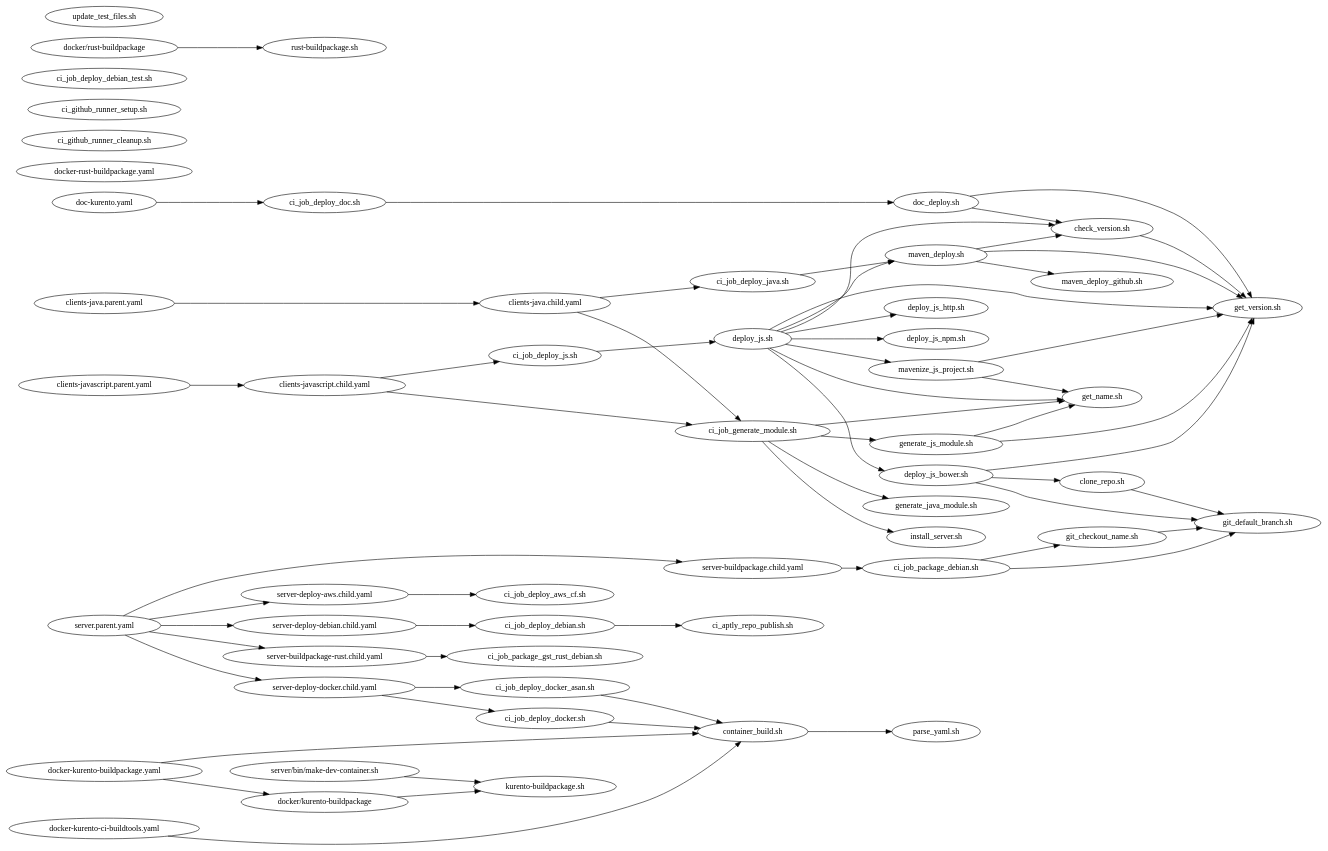
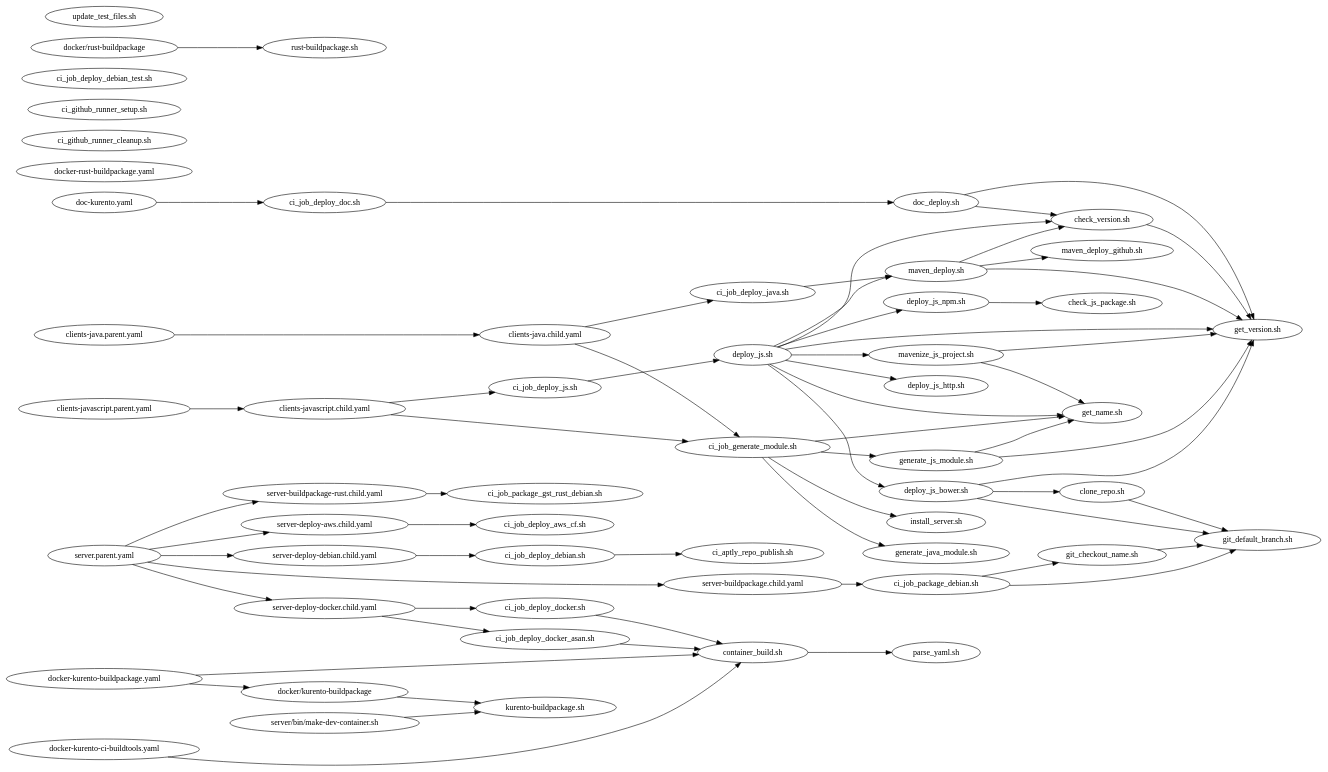
One commit to Kurento/kurento changed the diagram in ci-scripts/README.d/scripts-dependencies.dot. Above: the diagram before and after it, drawn with Graphviz. The commit also changed 3 other files, not shown here.

First line of the commit message:
fix: harden JS package install check

```diff
--- a/ci-scripts/README.d/scripts-dependencies.dot
+++ b/ci-scripts/README.d/scripts-dependencies.dot
@@ -1,194 +1,197 @@
 digraph scripts {
   //bgcolor = "transparent";
   fontname = "Bitstream Vera Sans";
   fontsize = 8;
   rankdir = "LR";
 
 
   // GitHub Actions CI workflows
   // ===========================
 
   // Standalone definitions.
   // Used so these can be applied the same root rank and appear at the same level.
   {
     rank = "same";
 
     "clients-java.parent.yaml";
     "clients-javascript.parent.yaml";
     "doc-kurento.yaml";
     "docker-kurento-buildpackage.yaml";
     "docker-kurento-ci-buildtools.yaml";
     "docker-rust-buildpackage.yaml";
     "server.parent.yaml";
   }
 
   // Root parent jobs.
   "clients-java.parent.yaml" -> {
     "clients-java.child.yaml"
   };
   "clients-javascript.parent.yaml" -> {
     "clients-javascript.child.yaml"
   };
   "doc-kurento.yaml" -> {
     "ci_job_deploy_doc.sh"
   };
   "docker-kurento-buildpackage.yaml" -> {
     "container_build.sh"
     "docker/kurento-buildpackage"
   };
   "docker-kurento-ci-buildtools.yaml" -> {
     "container_build.sh"
   };
   "server.parent.yaml" -> {
     "server-buildpackage-rust.child.yaml"
     "server-buildpackage.child.yaml"
     "server-deploy-aws.child.yaml"
     "server-deploy-debian.child.yaml"
     "server-deploy-docker.child.yaml"
   };
 
   // Child jobs ("reusable workflows")
   "clients-java.child.yaml" -> {
     "ci_job_deploy_java.sh"
     "ci_job_generate_module.sh"
   };
   "clients-javascript.child.yaml" -> {
     "ci_job_deploy_js.sh"
     "ci_job_generate_module.sh"
   };
   "server-buildpackage.child.yaml" -> {
     "ci_job_package_debian.sh"
   };
   "server-buildpackage-rust.child.yaml" -> {
     "ci_job_package_gst_rust_debian.sh"
   };
   "server-deploy-aws.child.yaml" -> {
     "ci_job_deploy_aws_cf.sh"
   };
   "server-deploy-debian.child.yaml" -> {
     "ci_job_deploy_debian.sh"
   };
   "server-deploy-docker.child.yaml" -> {
     "ci_job_deploy_docker.sh"
     "ci_job_deploy_docker_asan.sh"
   };
 
 
   // GitHub Actions CI job scripts
   // =============================
 
   "ci_aptly_repo_publish.sh";
   "ci_github_runner_cleanup.sh";
   "ci_github_runner_setup.sh";
   "ci_job_deploy_aws_cf.sh";
   "ci_job_deploy_debian_test.sh";
   "ci_job_deploy_debian.sh" -> {
     "ci_aptly_repo_publish.sh"
   };
   "ci_job_deploy_doc.sh" -> {
     "doc_deploy.sh"
   };
   "ci_job_deploy_docker.sh" -> {
     "container_build.sh"
   };
   "ci_job_deploy_docker_asan.sh" -> {
     "container_build.sh"
   };
   "ci_job_deploy_java.sh" -> {
     "maven_deploy.sh"
   };
   "ci_job_deploy_js.sh" -> {
     "deploy_js.sh"
   };
   "ci_job_generate_module.sh" -> {
     "generate_java_module.sh"
     "generate_js_module.sh"
     "get_name.sh"
     "install_server.sh"
   };
   "ci_job_package_debian.sh" -> {
     "git_checkout_name.sh"
     "git_default_branch.sh"
   };
 
 
   // Miscellaneous origins
   // =====================
 
   "docker/kurento-buildpackage" -> {
     "kurento-buildpackage.sh"
   };
 
   "docker/rust-buildpackage" -> {
     "rust-buildpackage.sh"
   };
 
   "server/bin/make-dev-container.sh" -> {
     "kurento-buildpackage.sh"
   };
 
 
   // Concrete CI operations
   // ======================
 
   "container_build.sh" -> {
     "parse_yaml.sh"
   };
   "deploy_js.sh" -> {
     "check_version.sh"
     "deploy_js_bower.sh"
     "deploy_js_http.sh"
     "deploy_js_npm.sh"
     "get_name.sh"
     "get_version.sh"
     "maven_deploy.sh"
     "mavenize_js_project.sh"
   };
   "deploy_js_bower.sh" -> {
     "clone_repo.sh"
     "get_version.sh"
     "git_default_branch.sh"
   };
   "deploy_js_http.sh";
-  "deploy_js_npm.sh";
+  "deploy_js_npm.sh" -> {
+    "check_js_package.sh"
+  };
+  "check_js_package.sh";
   "doc_deploy.sh" -> {
     "check_version.sh"
     "get_version.sh"
   };
   "generate_java_module.sh";
   "generate_js_module.sh" -> {
     "get_name.sh"
     "get_version.sh"
   };
   "maven_deploy.sh" -> {
     "check_version.sh"
     "get_version.sh"
     "maven_deploy_github.sh"
   };
   "maven_deploy_github.sh";
   "mavenize_js_project.sh" -> {
     "get_name.sh"
     "get_version.sh"
   };
   "kurento-buildpackage.sh";
 
 
   // Utilities
   // =========
 
   "check_version.sh" -> {
     "get_version.sh"
   };
   "clone_repo.sh" -> {
     "git_default_branch.sh"
   };
   "get_name.sh";
   "get_version.sh";
   "git_checkout_name.sh" -> {
     "git_default_branch.sh"
   };
   "git_default_branch.sh";
   "install_server.sh";
   "update_test_files.sh";
   "parse_yaml.sh";
 }
```
